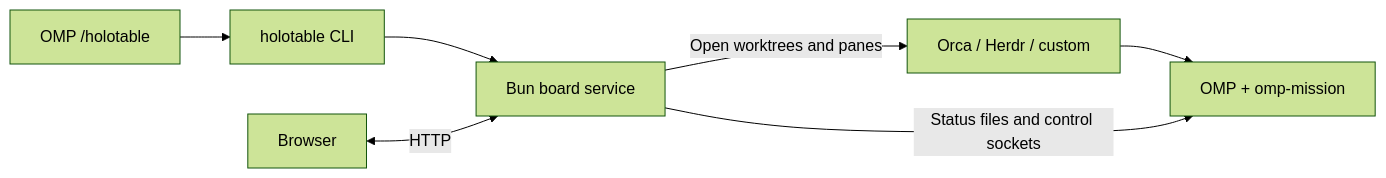
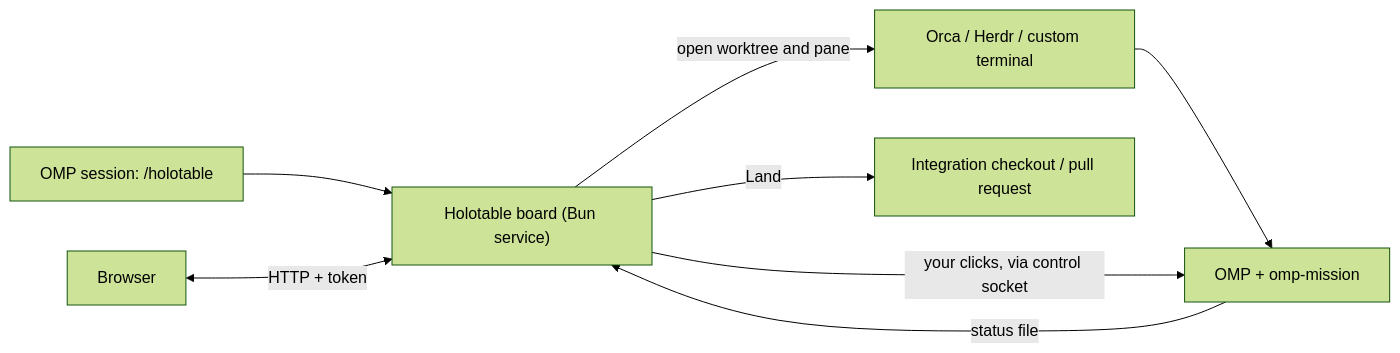
One commit to Shadorain/holotable changed the diagram in README.md. Above: the diagram before and after it, drawn with Mermaid (forest theme). The commit also changed other lines of this file and 15 other files, not shown here.

````diff
--- a/README.md
+++ b/README.md
@@ -120,8 +25,10 @@
 ```mermaid
 flowchart LR
-  OMP["OMP /holotable"] --> CLI["holotable CLI"] --> Board["Bun board service"]
-  Browser["Browser"] <-->|HTTP| Board
-  Board -->|Open worktrees and panes| Frontend["Orca / Herdr / custom"]
+  OMP["OMP session: /holotable"] --> Board["Holotable board (Bun service)"]
+  Browser["Browser"] <-->|"HTTP + token"| Board
+  Board -->|"open worktree and pane"| Frontend["Orca / Herdr / custom terminal"]
   Frontend --> Mission["OMP + omp-mission"]
-  Board -->|Status files and control sockets| Mission
+  Mission -->|"status file"| Board
+  Board -->|"your clicks, via control socket"| Mission
+  Board -->|"Land"| Base["Integration checkout / pull request"]
 ```
````
